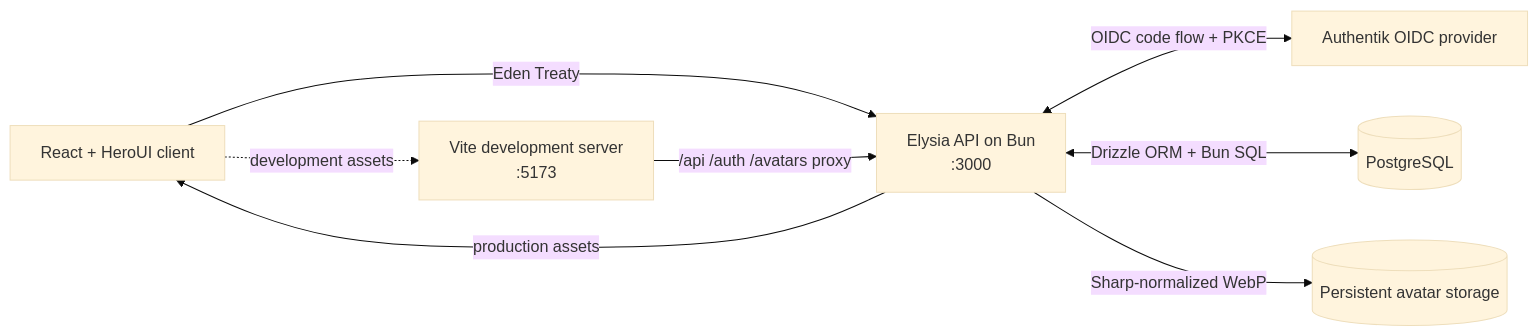
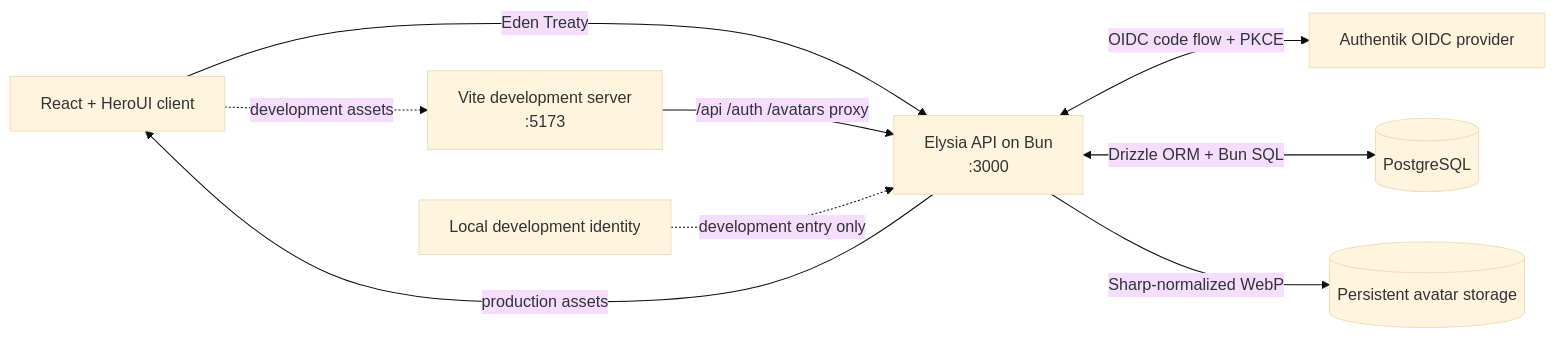
Before and after one commit to kedar42/homelab-profile: the diagram in README.md, drawn with Mermaid (base theme). The commit also changed other lines of this file and 8 other files, not shown here.

````diff
--- a/README.md
+++ b/README.md
@@ -11,17 +11,19 @@
 ```mermaid
 flowchart LR
     Browser[React + HeroUI client]
     Vite[Vite development server\n:5173]
     API[Elysia API on Bun\n:3000]
     Auth[Authentik OIDC provider]
+    DevIdentity[Local development identity]
     DB[(PostgreSQL)]
     Files[(Persistent avatar storage)]
 
     Browser -->|Eden Treaty| API
     Browser -. development assets .-> Vite
     Vite -->|/api /auth /avatars proxy| API
     API <-->|OIDC code flow + PKCE| Auth
+    DevIdentity -. development entry only .-> API
     API <-->|Drizzle ORM + Bun SQL| DB
     API -->|Sharp-normalized WebP| Files
     API -->|production assets| Browser
 ```
````
